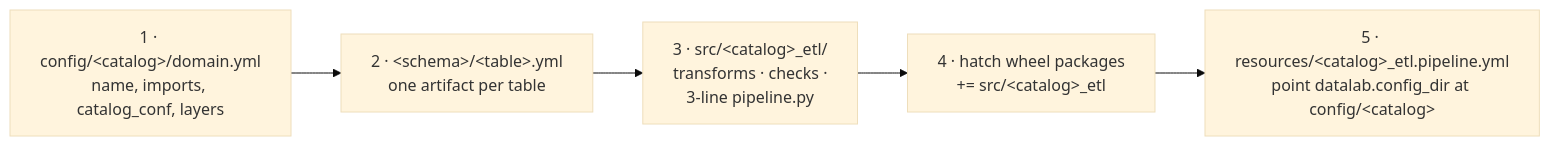
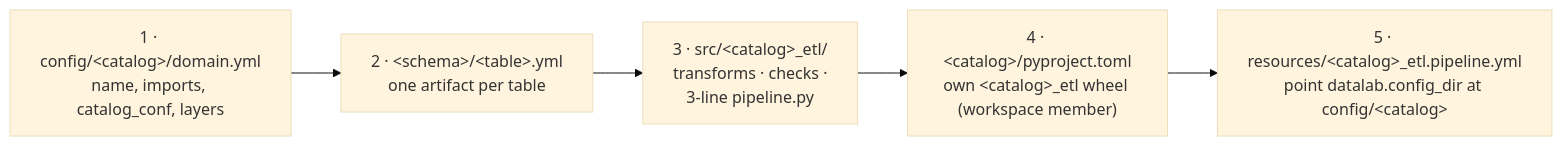
Before and after one commit to Vegash09/Demo_Lab: the fourth of 5 diagrams in docs/FRAMEWORK.md, drawn with Mermaid (base theme). The commit also changed other lines of this file and 4 other files, not shown here.

````diff
--- a/docs/FRAMEWORK.md
+++ b/docs/FRAMEWORK.md
@@ -460,7 +460,7 @@
 ```mermaid
 flowchart LR
     A["1 · config/&lt;catalog&gt;/domain.yml<br/>name, imports, catalog_conf, layers"] --> B["2 · &lt;schema&gt;/&lt;table&gt;.yml<br/>one artifact per table"]
     B --> C["3 · src/&lt;catalog&gt;_etl/<br/>transforms · checks ·<br/>3-line pipeline.py"]
-    C --> D["4 · hatch wheel packages<br/>+= src/&lt;catalog&gt;_etl"]
+    C --> D["4 · &lt;catalog&gt;/pyproject.toml<br/>own &lt;catalog&gt;_etl wheel (workspace member)"]
     D --> E["5 · resources/&lt;catalog&gt;_etl.pipeline.yml<br/>point datalab.config_dir at config/&lt;catalog&gt;"]
 ```
````
